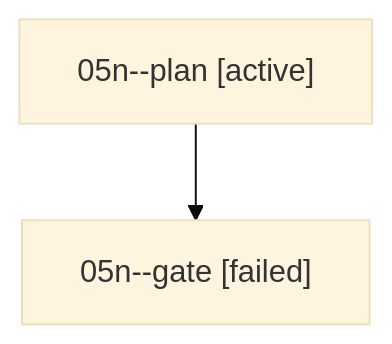
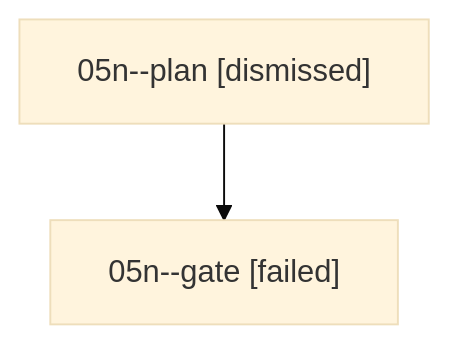
One commit to sase-org/sase--agents changed the diagram in sessions/bbugyi200.athena.05n.md. Above: the diagram before and after it, drawn with Mermaid (base theme). The commit also changed other lines of this file and 24 other files, not shown here.

````diff
--- a/sessions/bbugyi200.athena.05n.md
+++ b/sessions/bbugyi200.athena.05n.md
@@ -9,6 +9,6 @@
 ```mermaid
 flowchart TD
-  n0["05n--plan [active]"]
+  n0["05n--plan [dismissed]"]
   n1["05n--gate [failed]"]
   n0 --> n1
 ```
````
